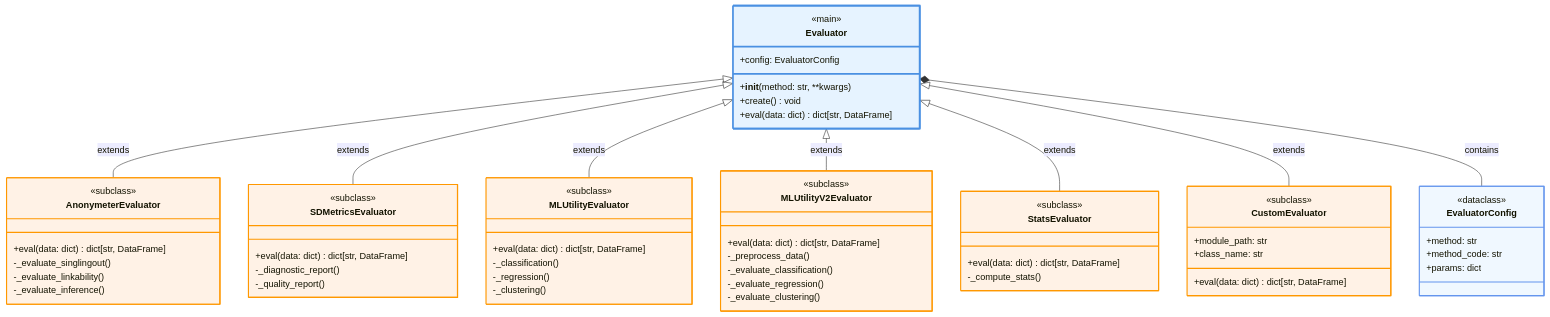
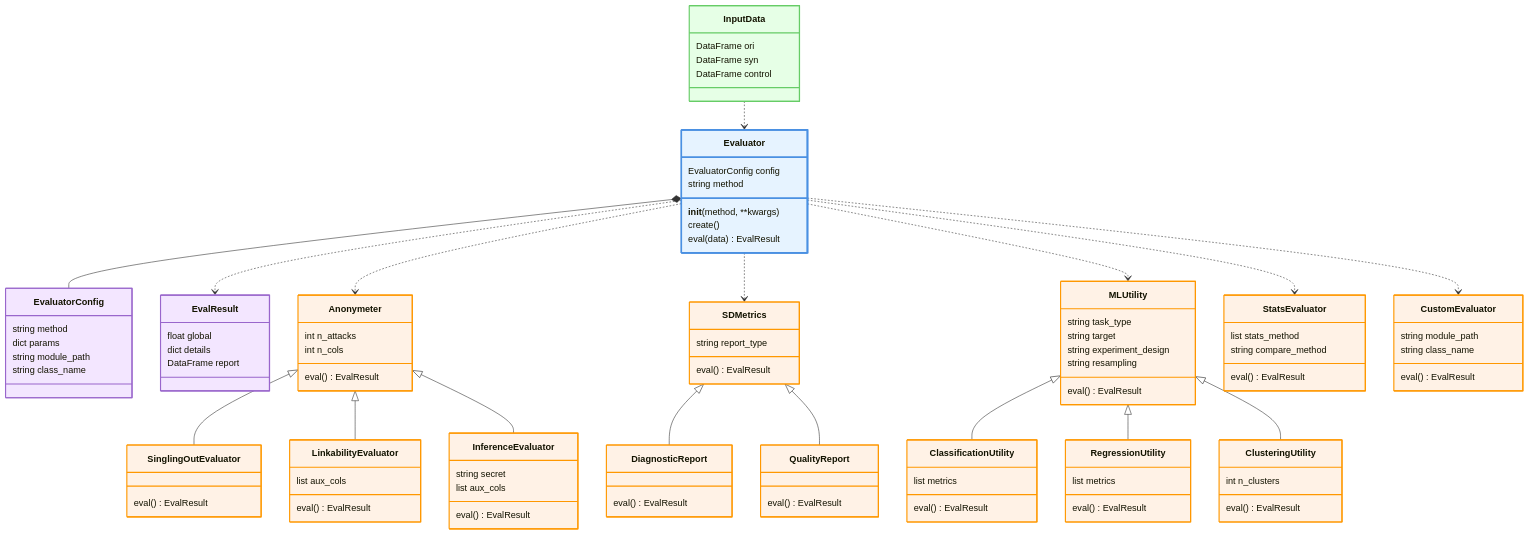
One commit to nics-dp/petsard changed the diagram in doc_site/content/docs/python-api/evaluator-api/evaluator-class-diagram.mmd. Above: the diagram before and after it, drawn with Mermaid. The commit also changed 7 other files, not shown here.

Commit message:
docs(evaluator-api): fix mermaid diagram and simplify documentation

```diff
--- a/doc_site/content/docs/python-api/evaluator-api/evaluator-class-diagram.mmd
+++ b/doc_site/content/docs/python-api/evaluator-api/evaluator-class-diagram.mmd
@@ -1,81 +1,154 @@
 classDiagram
     class Evaluator {
-        <<main>>
-        +__init__(method: str, **kwargs)
-        +create() void
-        +eval(data: dict) dict[str, DataFrame]
-        +config: EvaluatorConfig
-    }
-
-    class AnonymeterEvaluator {
-        <<subclass>>
-        +eval(data: dict) dict[str, DataFrame]
-        -_evaluate_singlingout()
-        -_evaluate_linkability()
-        -_evaluate_inference()
-    }
-
-    class SDMetricsEvaluator {
-        <<subclass>>
-        +eval(data: dict) dict[str, DataFrame]
-        -_diagnostic_report()
-        -_quality_report()
-    }
-
-    class MLUtilityEvaluator {
-        <<subclass>>
-        +eval(data: dict) dict[str, DataFrame]
-        -_classification()
-        -_regression()
-        -_clustering()
-    }
-
-    class MLUtilityV2Evaluator {
-        <<subclass>>
-        +eval(data: dict) dict[str, DataFrame]
-        -_preprocess_data()
-        -_evaluate_classification()
-        -_evaluate_regression()
-        -_evaluate_clustering()
-    }
-
-    class StatsEvaluator {
-        <<subclass>>
-        +eval(data: dict) dict[str, DataFrame]
-        -_compute_stats()
-    }
-
-    class CustomEvaluator {
-        <<subclass>>
-        +eval(data: dict) dict[str, DataFrame]
-        +module_path: str
-        +class_name: str
+        EvaluatorConfig config
+        string method
+        __init__(method, **kwargs)
+        create()
+        eval(data) EvalResult
     }
 
     class EvaluatorConfig {
-        <<dataclass>>
-        +method: str
-        +method_code: str
-        +params: dict
+        string method
+        dict params
+        string module_path
+        string class_name
     }
 
-    %% 繼承關係
-    Evaluator <|-- AnonymeterEvaluator : extends
-    Evaluator <|-- SDMetricsEvaluator : extends
-    Evaluator <|-- MLUtilityEvaluator : extends
-    Evaluator <|-- MLUtilityV2Evaluator : extends
-    Evaluator <|-- StatsEvaluator : extends
-    Evaluator <|-- CustomEvaluator : extends
+    class EvalResult {
+        float global
+        dict details
+        DataFrame report
+    }
+
+    %% Privacy Risk Evaluators
+    class Anonymeter {
+        int n_attacks
+        int n_cols
+        eval() EvalResult
+    }
+
+    class SinglingOutEvaluator {
+        eval() EvalResult
+    }
+
+    class LinkabilityEvaluator {
+        list aux_cols
+        eval() EvalResult
+    }
+
+    class InferenceEvaluator {
+        string secret
+        list aux_cols
+        eval() EvalResult
+    }
+
+    %% Data Quality Evaluators
+    class SDMetrics {
+        string report_type
+        eval() EvalResult
+    }
+
+    class DiagnosticReport {
+        eval() EvalResult
+    }
+
+    class QualityReport {
+        eval() EvalResult
+    }
+
+    %% ML Utility Evaluators
+    class MLUtility {
+        string task_type
+        string target
+        string experiment_design
+        string resampling
+        eval() EvalResult
+    }
+
+    class ClassificationUtility {
+        list metrics
+        eval() EvalResult
+    }
+
+    class RegressionUtility {
+        list metrics
+        eval() EvalResult
+    }
+
+    class ClusteringUtility {
+        int n_clusters
+        eval() EvalResult
+    }
+
+    %% Statistical Evaluator
+    class StatsEvaluator {
+        list stats_method
+        string compare_method
+        eval() EvalResult
+    }
+
+    %% Custom Evaluator
+    class CustomEvaluator {
+        string module_path
+        string class_name
+        eval() EvalResult
+    }
+
+    %% Input Data
+    class InputData {
+        DataFrame ori
+        DataFrame syn
+        DataFrame control
+    }
+
+    %% Relationships
+    Evaluator *-- EvaluatorConfig
+    Evaluator ..> EvalResult
     
-    %% 組合關係
-    Evaluator *-- EvaluatorConfig : contains
+    %% Inheritance for Privacy
+    Anonymeter <|-- SinglingOutEvaluator
+    Anonymeter <|-- LinkabilityEvaluator
+    Anonymeter <|-- InferenceEvaluator
+    
+    %% Inheritance for Quality
+    SDMetrics <|-- DiagnosticReport
+    SDMetrics <|-- QualityReport
+    
+    %% Inheritance for ML Utility
+    MLUtility <|-- ClassificationUtility
+    MLUtility <|-- RegressionUtility
+    MLUtility <|-- ClusteringUtility
+    
+    %% Dependencies
+    Evaluator ..> Anonymeter
+    Evaluator ..> SDMetrics
+    Evaluator ..> MLUtility
+    Evaluator ..> StatsEvaluator
+    Evaluator ..> CustomEvaluator
+    
+    %% Data flow
+    InputData ..> Evaluator
 
-    %% 樣式標示
+    %% Styling
     style Evaluator fill:#e6f3ff,stroke:#4a90e2,stroke-width:3px
-    style AnonymeterEvaluator fill:#fff2e6,stroke:#ff9800,stroke-width:2px
-    style SDMetricsEvaluator fill:#fff2e6,stroke:#ff9800,stroke-width:2px
-    style MLUtilityEvaluator fill:#fff2e6,stroke:#ff9800,stroke-width:2px
-    style MLUtilityV2Evaluator fill:#fff2e6,stroke:#ff9800,stroke-width:2px
+    style EvaluatorConfig fill:#f3e6ff,stroke:#9966cc,stroke-width:2px
+    style EvalResult fill:#f3e6ff,stroke:#9966cc,stroke-width:2px
+    
+    style Anonymeter fill:#fff2e6,stroke:#ff9800,stroke-width:2px
+    style SinglingOutEvaluator fill:#fff2e6,stroke:#ff9800,stroke-width:2px
+    style LinkabilityEvaluator fill:#fff2e6,stroke:#ff9800,stroke-width:2px
+    style InferenceEvaluator fill:#fff2e6,stroke:#ff9800,stroke-width:2px
+    
+    style SDMetrics fill:#fff2e6,stroke:#ff9800,stroke-width:2px
+    style DiagnosticReport fill:#fff2e6,stroke:#ff9800,stroke-width:2px
+    style QualityReport fill:#fff2e6,stroke:#ff9800,stroke-width:2px
+    
+    style MLUtility fill:#fff2e6,stroke:#ff9800,stroke-width:2px
+    style ClassificationUtility fill:#fff2e6,stroke:#ff9800,stroke-width:2px
+    style RegressionUtility fill:#fff2e6,stroke:#ff9800,stroke-width:2px
+    style ClusteringUtility fill:#fff2e6,stroke:#ff9800,stroke-width:2px
+    
     style StatsEvaluator fill:#fff2e6,stroke:#ff9800,stroke-width:2px
     style CustomEvaluator fill:#fff2e6,stroke:#ff9800,stroke-width:2px
-    style EvaluatorConfig fill:#f0f8ff,stroke:#6495ed,stroke-width:2px
+    
+    style InputData fill:#e6ffe6,stroke:#66cc66,stroke-width:2px
```
